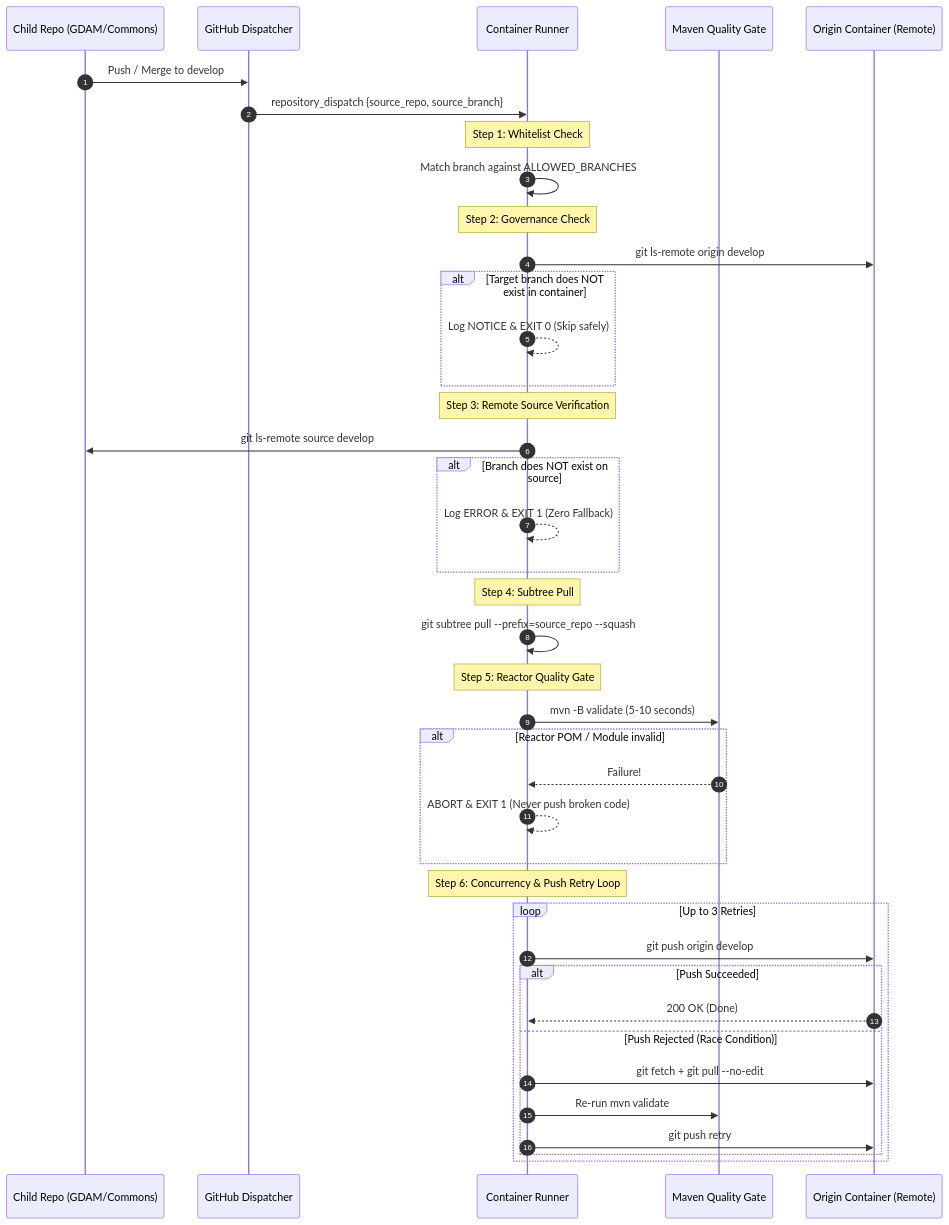
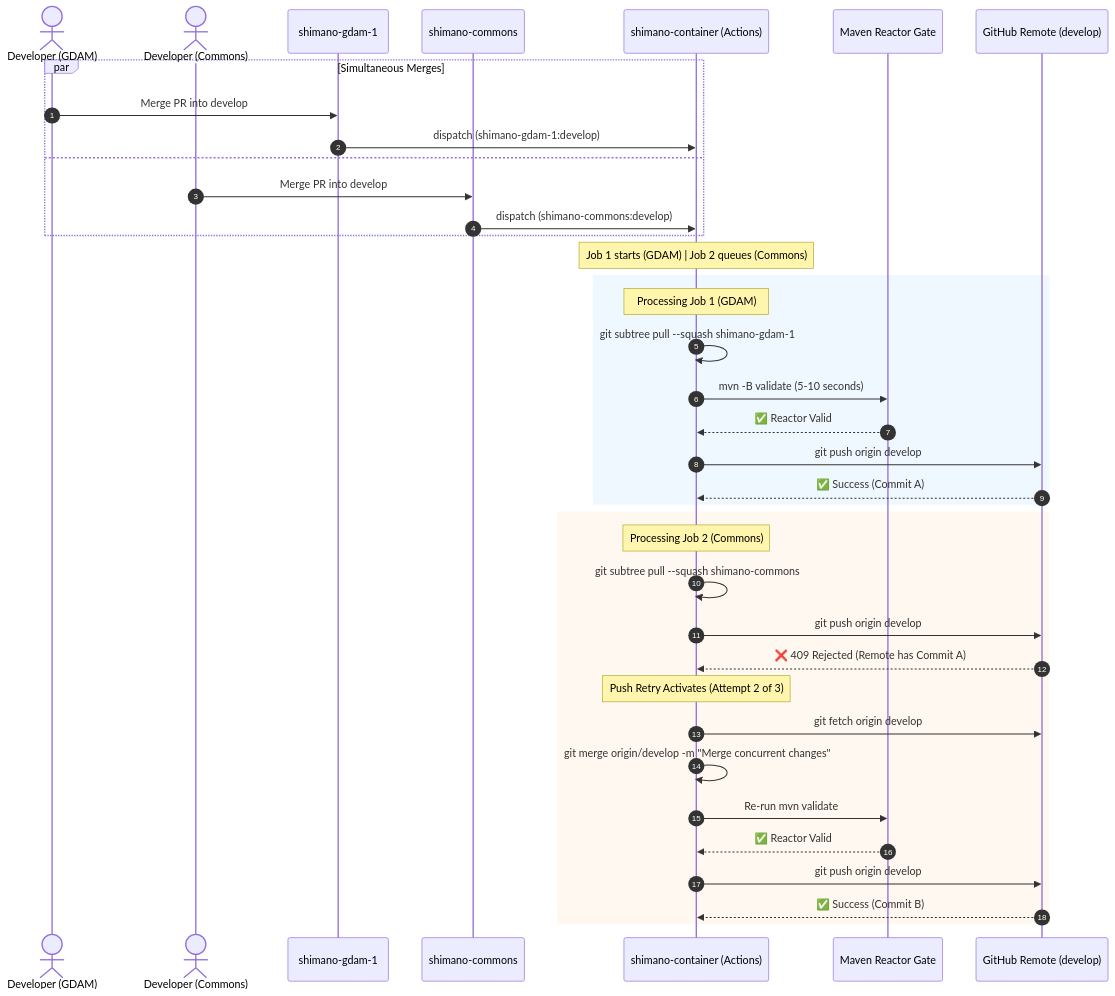
Before and after one commit to prash04-glf/shimano-container: the second of 2 diagrams in docs/technical-architecture-guide.md, drawn with Mermaid. The commit also changed other lines of this file and 4 other files, not shown here.

Commit message:
docs: restructure architecture diagram to vertical high-contrast flow with enlarged typography

````diff
--- a/docs/technical-architecture-guide.md
+++ b/docs/technical-architecture-guide.md
@@ -153,49 +131,45 @@
 ```mermaid
 sequenceDiagram
     autonumber
-    participant Src as Child Repo (GDAM/Commons)
-    participant GH as GitHub Dispatcher
-    participant Container as Container Runner
-    participant Maven as Maven Quality Gate
-    participant Remote as Origin Container (Remote)
+    actor DevA as Developer (GDAM)
+    actor DevB as Developer (Commons)
+    participant RepoG as shimano-gdam-1
+    participant RepoC as shimano-commons
+    participant Container as shimano-container (Actions)
+    participant Maven as Maven Reactor Gate
+    participant Remote as GitHub Remote (develop)
 
-    Src->>GH: Push / Merge to develop
-    GH->>Container: repository_dispatch {source_repo, source_branch}
-    
-    Note over Container: Step 1: Whitelist Check
-    Container->>Container: Match branch against ALLOWED_BRANCHES
-    
-    Note over Container: Step 2: Governance Check
-    Container->>Remote: git ls-remote origin develop
-    alt Target branch does NOT exist in container
-        Container-->>Container: Log NOTICE & EXIT 0 (Skip safely)
+    par Simultaneous Merges
+        DevA->>RepoG: Merge PR into develop
+        RepoG->>Container: dispatch (shimano-gdam-1:develop)
+    and
+        DevB->>RepoC: Merge PR into develop
+        RepoC->>Container: dispatch (shimano-commons:develop)
     end
 
-    Note over Container: Step 3: Remote Source Verification
-    Container->>Src: git ls-remote source develop
-    alt Branch does NOT exist on source
-        Container-->>Container: Log ERROR & EXIT 1 (Zero Fallback)
+    Note over Container: Job 1 starts (GDAM) | Job 2 queues (Commons)
+
+    rect rgb(240, 248, 255)
+        Note over Container: Processing Job 1 (GDAM)
+        Container->>Container: git subtree pull --squash shimano-gdam-1
+        Container->>Maven: mvn -B validate (5-10 seconds)
+        Maven-->>Container: ✅ Reactor Valid
+        Container->>Remote: git push origin develop
+        Remote-->>Container: ✅ Success (Commit A)
     end
 
-    Note over Container: Step 4: Subtree Pull
-    Container->>Container: git subtree pull --prefix=source_repo --squash
-
-    Note over Container: Step 5: Reactor Quality Gate
-    Container->>Maven: mvn -B validate (5-10 seconds)
-    alt Reactor POM / Module invalid
-        Maven-->>Container: Failure!
-        Container-->>Container: ABORT & EXIT 1 (Never push broken code)
-    end
-
-    Note over Container: Step 6: Concurrency & Push Retry Loop
-    loop Up to 3 Retries
+    rect rgb(255, 248, 240)
+        Note over Container: Processing Job 2 (Commons)
+        Container->>Container: git subtree pull --squash shimano-commons
         Container->>Remote: git push origin develop
-        alt Push Succeeded
-            Remote-->>Container: 200 OK (Done)
-        else Push Rejected (Race Condition)
-            Container->>Remote: git fetch + git pull --no-edit
-            Container->>Maven: Re-run mvn validate
-            Container->>Remote: git push retry
-        end
+        Remote-->>Container: ❌ 409 Rejected (Remote has Commit A)
+        
+        Note over Container: Push Retry Activates (Attempt 2 of 3)
+        Container->>Remote: git fetch origin develop
+        Container->>Container: git merge origin/develop -m "Merge concurrent changes"
+        Container->>Maven: Re-run mvn validate
+        Maven-->>Container: ✅ Reactor Valid
+        Container->>Remote: git push origin develop
+        Remote-->>Container: ✅ Success (Commit B)
     end
 ```
````
